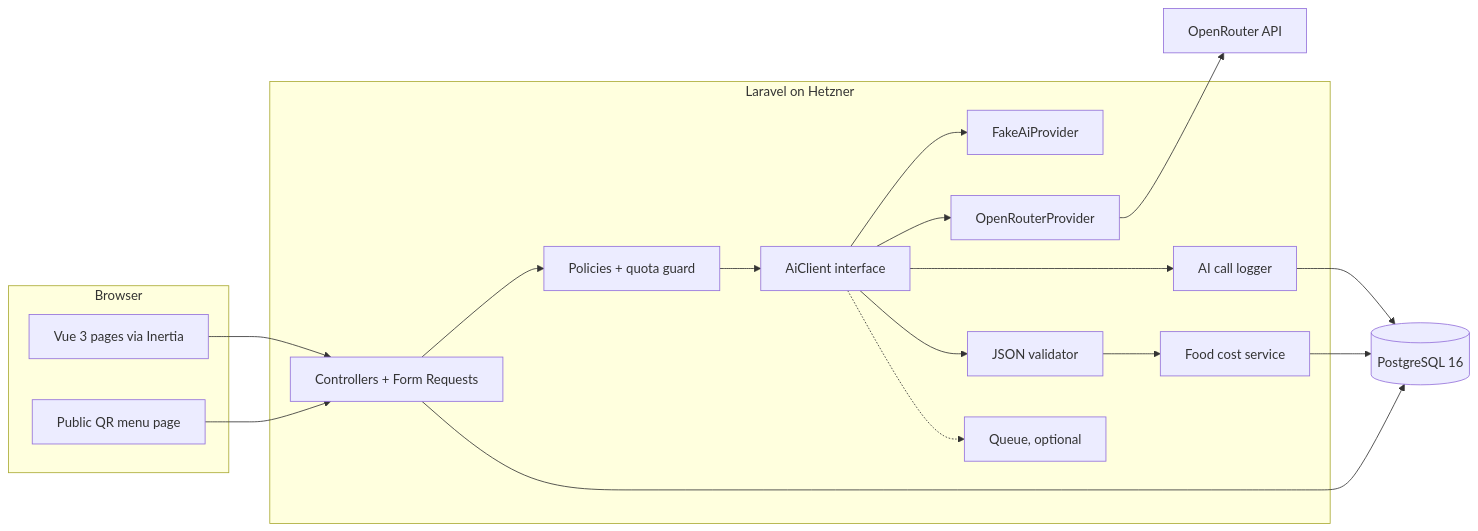
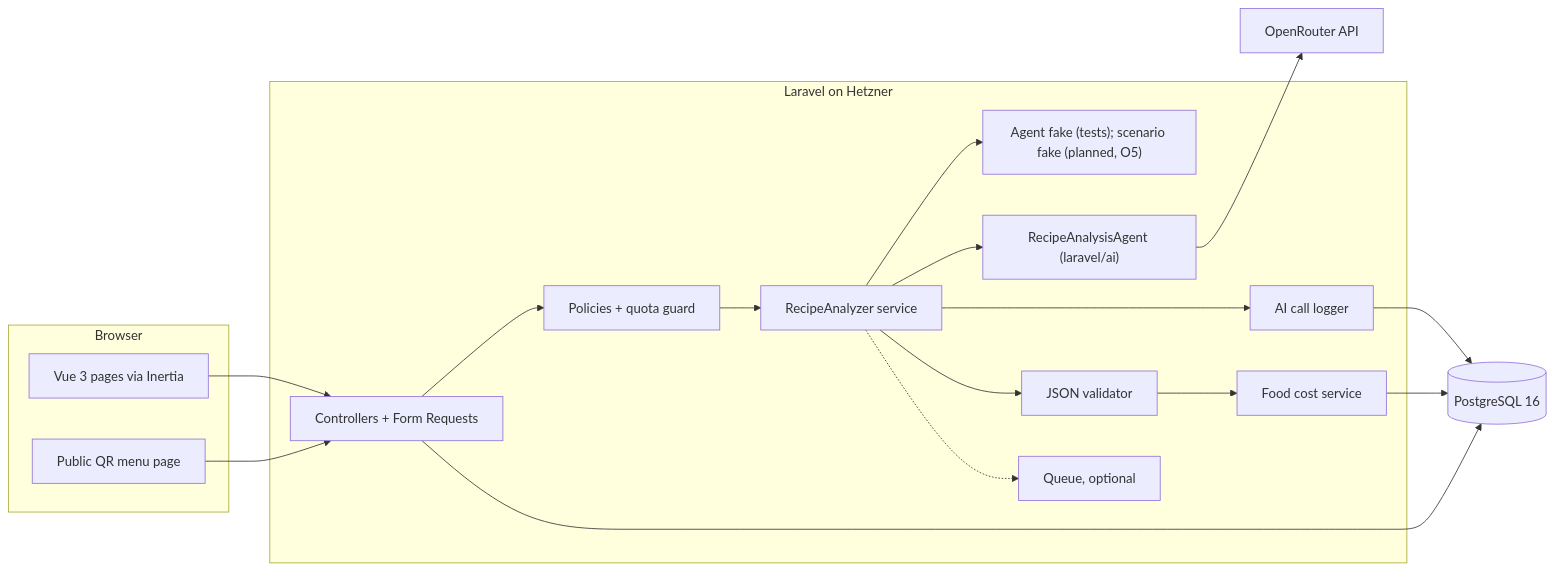
One commit to buhovac/recettia changed the second of 3 diagrams in README.md. Above: the diagram before and after it, drawn with Mermaid. The commit also changed other lines of this file and 28 other files, not shown here.

````diff
--- a/README.md
+++ b/README.md
@@ -164,35 +164,35 @@
 ```mermaid
 flowchart LR
     subgraph Client["Browser"]
         VUE["Vue 3 pages via Inertia"]
         QR["Public QR menu page"]
     end
     subgraph Server["Laravel on Hetzner"]
         CTRL["Controllers + Form Requests"]
         POL["Policies + quota guard"]
-        AI["AiClient interface"]
-        FAKE["FakeAiProvider"]
-        ORC["OpenRouterProvider"]
+        AI["RecipeAnalyzer service"]
+        FAKE["Agent fake (tests); scenario fake (planned, O5)"]
+        ORC["RecipeAnalysisAgent (laravel/ai)"]
         VAL["JSON validator"]
         COST["Food cost service"]
         LOG["AI call logger"]
         QUEUE["Queue, optional"]
     end
     DB[("PostgreSQL 16")]
     OR["OpenRouter API"]
 
     VUE --> CTRL
     QR --> CTRL
     CTRL --> POL
     POL --> AI
     AI --> FAKE
     AI --> ORC
     ORC --> OR
     AI --> LOG
     AI --> VAL
     VAL --> COST
     COST --> DB
     LOG --> DB
     CTRL --> DB
     AI -.-> QUEUE
 ```
````
